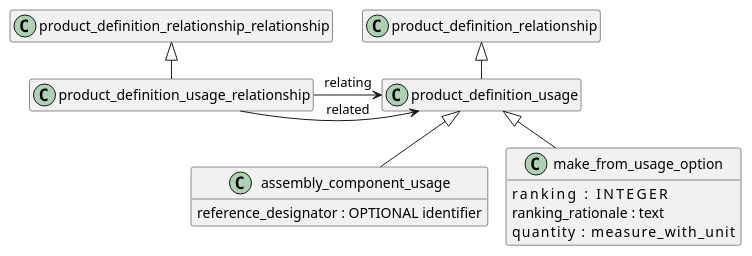
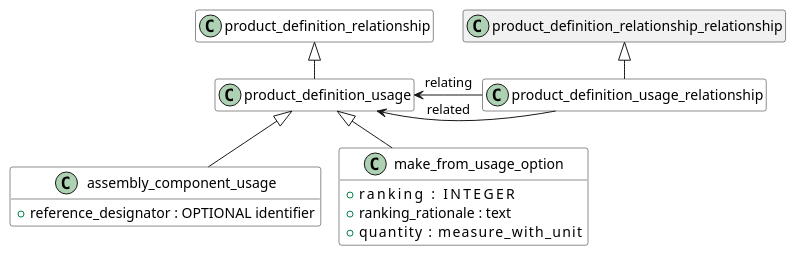
Before and after one commit to chukkaba/10303: the diagram in 003 Product structure/product_structure/source/product_structure.pu, drawn with PlantUML. The commit also changed 11 other files, not shown here.

```diff
--- a/003 Product structure/product_structure/source/product_structure.pu
+++ b/003 Product structure/product_structure/source/product_structure.pu
@@ -1,44 +1,51 @@
-@startuml
+@startuml product_structure
 
 !pragma layout smetana
 'skinparam groupInheritance 2
 hide empty members
 
 
-class product_definition_relationship
+class product_definition_relationship #White {
 
-class assembly_component_usage {
-  reference_designator : OPTIONAL identifier
+}
+
+class assembly_component_usage #White {
+  + reference_designator : OPTIONAL identifier
 } 
 
-class make_from_usage_option {
-  ranking           : INTEGER
-  ranking_rationale : text
-  quantity          : measure_with_unit
+class make_from_usage_option #White {
+  + ranking           : INTEGER
+  + ranking_rationale : text
+  + quantity          : measure_with_unit
 } 
 
 'class make_from_usage_option_group
 
 
 
-class product_definition_usage
+class product_definition_usage #White {
 
-class product_definition_usage_relationship
+}
+
+class product_definition_usage_relationship #White {
+
+}
 
 'product_definition_occurrence_reference_with_local_representation -up-|> generic_product_definition_reference
 
 ' Связи
 
 'make_from_usage_option_group -up-> make_from_usage_option : members S[2:?]
-product_definition_usage_relationship -right-> product_definition_usage : relating
-product_definition_usage_relationship -right-> product_definition_usage : related
+product_definition_usage_relationship -left-> product_definition_usage : relating
+product_definition_usage_relationship -left-> product_definition_usage : related
 
 
 ' Наследование 
 make_from_usage_option -up-|> product_definition_usage
 
 assembly_component_usage -up-|> product_definition_usage
 product_definition_usage -up-|> product_definition_relationship
+'не нашёл на схеме express исходник класса product_definition_relationship_relationship
 product_definition_usage_relationship -up-|> product_definition_relationship_relationship
 
 @enduml
```
